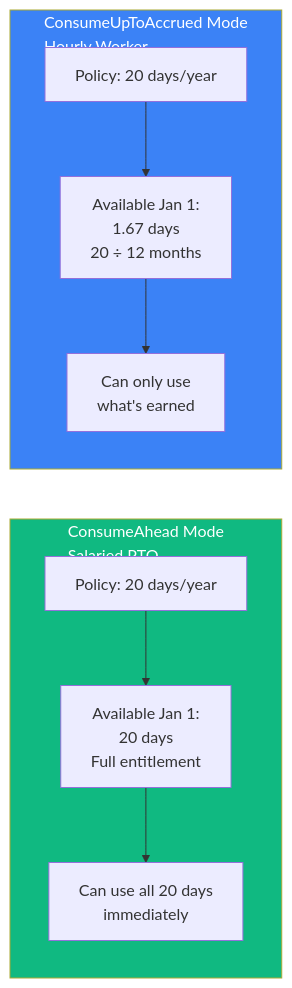
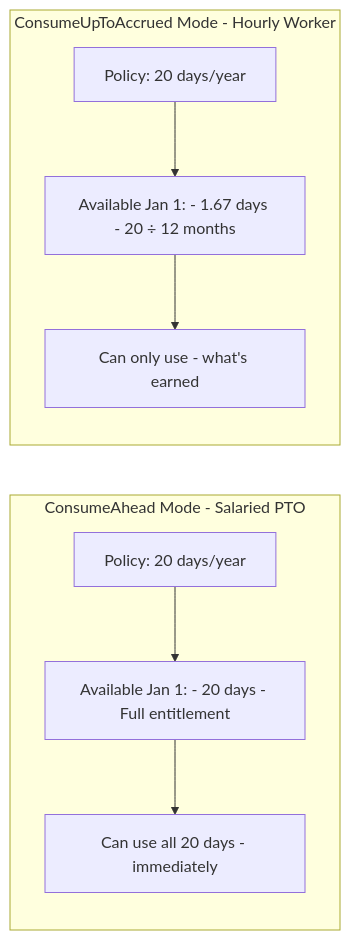
One commit to AntoineToussaint/timeoff changed the eighth of 22 diagrams in README.md. Above: the diagram before and after it, drawn with Mermaid. The commit also changed other lines of this file, not shown here.

First line of the commit message:
Fix Mermaid diagrams for GitHub rendering

````diff
--- a/README.md
+++ b/README.md
@@ -377,23 +354,21 @@
 ```mermaid
 graph LR
-    subgraph CA["ConsumeAhead Mode<br/>Salaried PTO"]
+    subgraph CA["ConsumeAhead Mode - Salaried PTO"]
         CA_POL[Policy: 20 days/year]
-        CA_AVAIL[Available Jan 1:<br/>20 days<br/>Full entitlement]
-        CA_USE[Can use all 20 days<br/>immediately]
+        CA_AVAIL[Available Jan 1: - 20 days - Full entitlement]
+        CA_USE[Can use all 20 days - immediately]
         
         CA_POL --> CA_AVAIL
         CA_AVAIL --> CA_USE
     end
     
-    subgraph CUTA["ConsumeUpToAccrued Mode<br/>Hourly Worker"]
+    subgraph CUTA["ConsumeUpToAccrued Mode - Hourly Worker"]
         CUTA_POL[Policy: 20 days/year]
-        CUTA_AVAIL[Available Jan 1:<br/>1.67 days<br/>20 ÷ 12 months]
-        CUTA_USE[Can only use<br/>what's earned]
+        CUTA_AVAIL[Available Jan 1: - 1.67 days - 20 ÷ 12 months]
+        CUTA_USE[Can only use - what's earned]
         
         CUTA_POL --> CUTA_AVAIL
         CUTA_AVAIL --> CUTA_USE
     end
     
-    style CA fill:#10b981,color:#fff
-    style CUTA fill:#3b82f6,color:#fff
 ```
````
